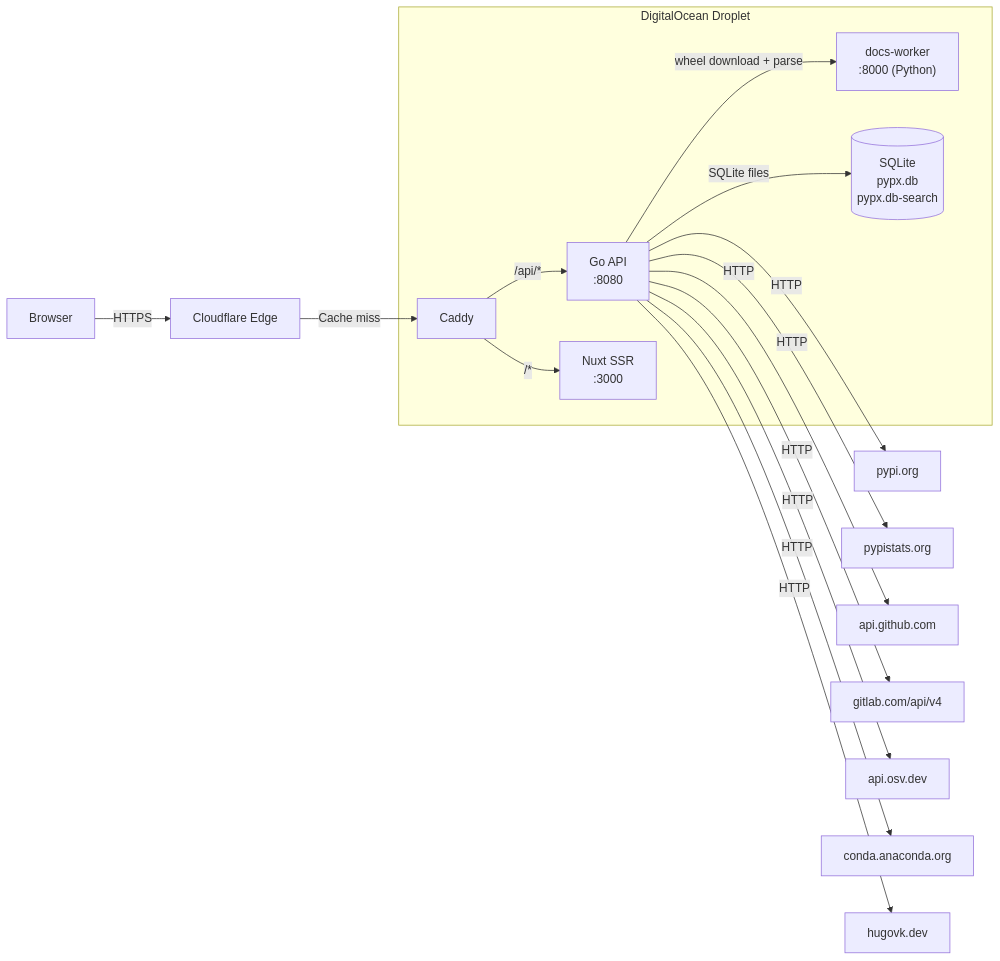
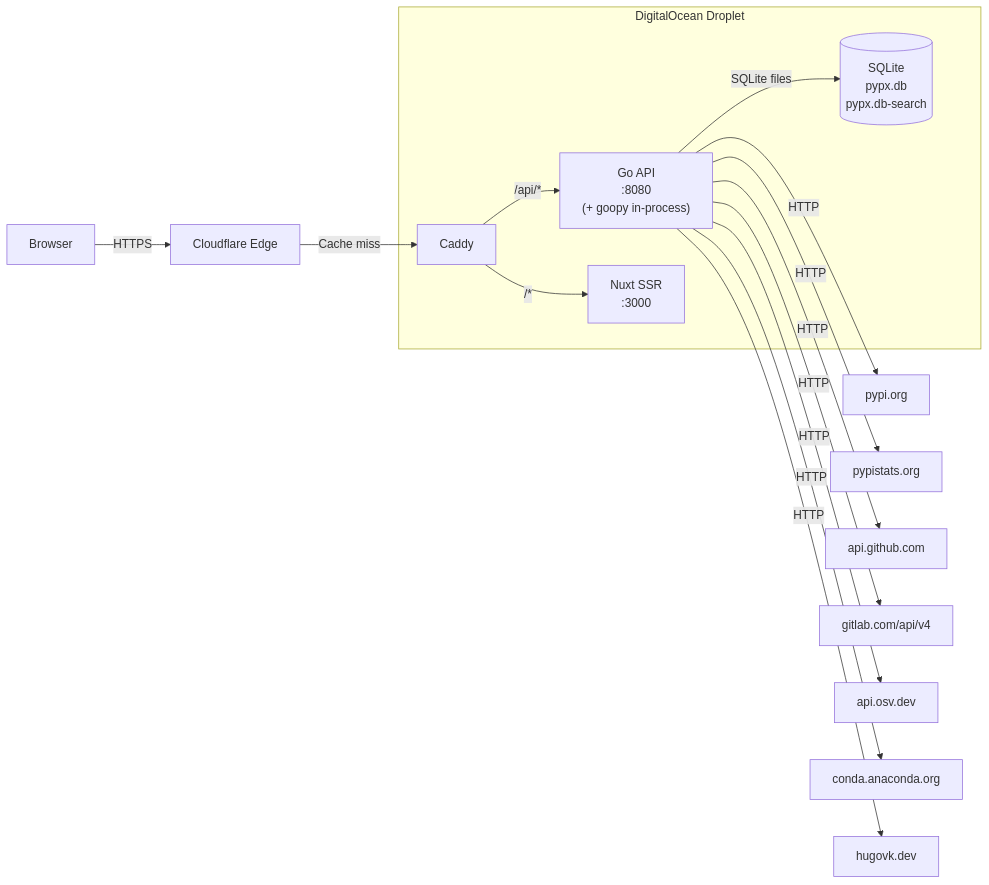
One commit to mattstrayer/pypx changed the first of 3 diagrams in docs/architecture/system-overview.md. Above: the diagram before and after it, drawn with Mermaid. The commit also changed other lines of this file and 4 other files, not shown here.

Commit message:
chore: update architecture docs to reflect goopy replacing docs-worker

````diff
--- a/docs/architecture/system-overview.md
+++ b/docs/architecture/system-overview.md
@@ -7,20 +7,19 @@
 ```mermaid
 graph LR
     Browser -->|HTTPS| CF[Cloudflare Edge]
     CF -->|Cache miss| Caddy
 
     subgraph VPS ["DigitalOcean Droplet"]
-        Caddy -->|"/api/*"| API["Go API\n:8080"]
+        Caddy -->|"/api/*"| API["Go API\n:8080\n(+ goopy in-process)"]
         Caddy -->|"/*"| Nuxt["Nuxt SSR\n:3000"]
-        API -->|wheel download + parse| Worker["docs-worker\n:8000 (Python)"]
         API -->|SQLite files| DB[("SQLite\npypx.db\npypx.db-search")]
     end
 
     API -->|HTTP| PyPI["pypi.org"]
     API -->|HTTP| Stats["pypistats.org"]
     API -->|HTTP| GH["api.github.com"]
     API -->|HTTP| GL["gitlab.com/api/v4"]
     API -->|HTTP| OSV["api.osv.dev"]
     API -->|HTTP| Conda["conda.anaconda.org"]
     API -->|HTTP| Hugo["hugovk.dev"]
 ```
````
